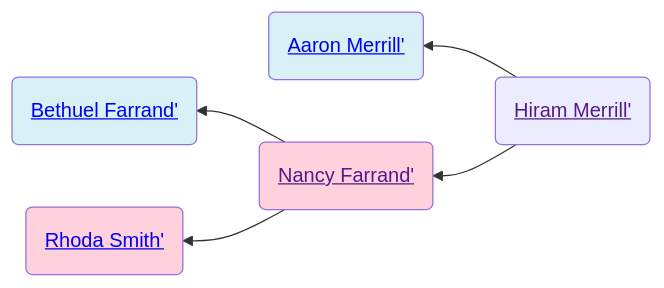
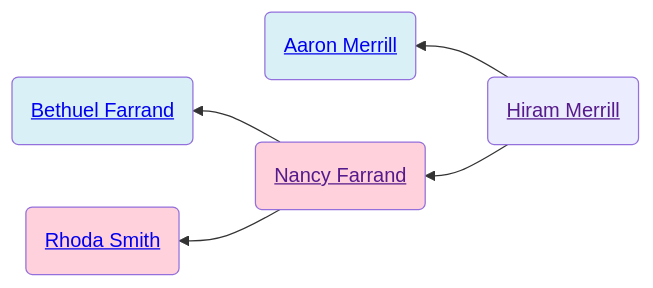
The first of 2 diagrams in familyhistory/sources/people/Merrill-line/Hiram_Merrill.qmd (neelsmith/avocational), drawn with Mermaid before and after one commit. The commit also changed other lines of this file and 96 other files, not shown here.

````diff
--- a/familyhistory/sources/people/Merrill-line/Hiram_Merrill.qmd
+++ b/familyhistory/sources/people/Merrill-line/Hiram_Merrill.qmd
@@ -26,16 +26,16 @@
 ```{mermaid}
 graph RL
 %% RL ancestor diagram
-Hiram_Merrill(<a href=''>Hiram Merrill'</>) -->  Aaron_Merrill(<a href='./Aaron_Merrill.html'>Aaron Merrill'</>)
+Hiram_Merrill(<a href=''>Hiram Merrill</a>) -->  Aaron_Merrill(<a href='./Aaron_Merrill.html'>Aaron Merrill</a>)
 class Aaron_Merrill father
-Hiram_Merrill(<a href=''>Hiram Merrill'</>)  --> Nancy_Farrand(<a href='./Nancy_Farrand.html'>Nancy Farrand'</>)
-Nancy_Farrand(<a href=''>Nancy Farrand'</>) -->  Bethuel_Farrand(<a href='./White-line/Grandey/Bethuel_Farrand.html'>Bethuel Farrand'</>)
+Hiram_Merrill(<a href=''>Hiram Merrill</a>)  --> Nancy_Farrand(<a href='./Nancy_Farrand.html'>Nancy Farrand</a>)
+Nancy_Farrand(<a href=''>Nancy Farrand</a>) -->  Bethuel_Farrand(<a href='./White-line/Grandey/Bethuel_Farrand.html'>Bethuel Farrand</a>)
 class Bethuel_Farrand father
-Nancy_Farrand(<a href=''>Nancy Farrand'</>)  --> Rhoda_Smith(<a href='./Rhoda_Smith.html'>Rhoda Smith'</>)
+Nancy_Farrand(<a href=''>Nancy Farrand</a>)  --> Rhoda_Smith(<a href='./Rhoda_Smith.html'>Rhoda Smith</a>)
 class Rhoda_Smith mother
 class Nancy_Farrand mother
 classDef mother fill:#ffd1dc
 classDef father fill:#daf0f7  
 classDef marriage fill:#ffffff
 
 ```
````
